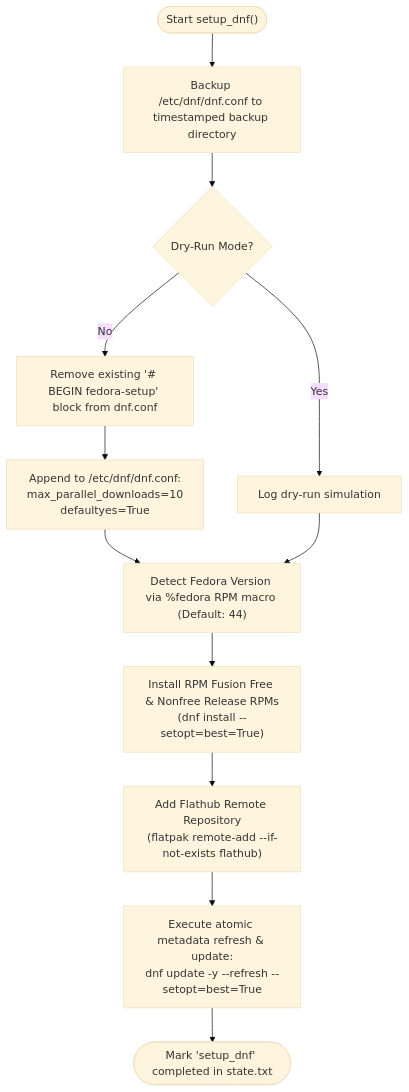
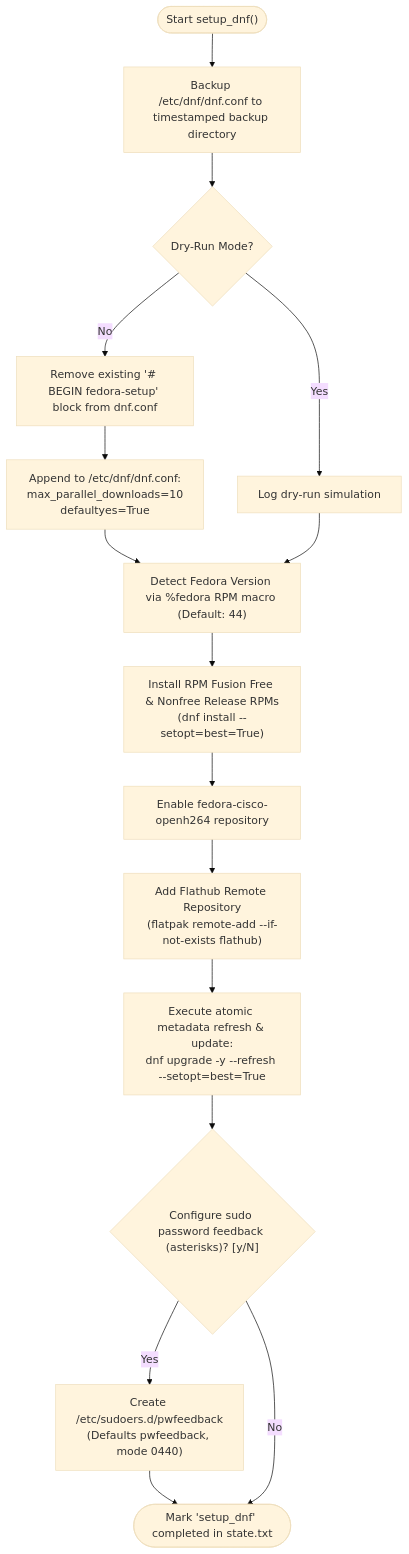
Before and after one commit to kk376/fedora-post-install: the third of 21 diagrams in PSEUDOCODE.md, drawn with Mermaid (base theme). The commit also changed other lines of this file and 3 other files, not shown here.

Commit message:
docs: synchronize HOW_IT_WORKS and PSEUDOCODE with v8.0.0 architecture

````diff
--- a/PSEUDOCODE.md
+++ b/PSEUDOCODE.md
@@ -131,16 +132,20 @@
 ```mermaid
 flowchart TD
     StartDNF(["Start setup_dnf()"]) --> BackupDNF["Backup /etc/dnf/dnf.conf to timestamped backup directory"]
     BackupDNF --> CheckDry{"Dry-Run Mode?"}
     
     CheckDry -- No --> CleanOld["Remove existing '# BEGIN fedora-setup' block from dnf.conf"]
     CleanOld --> AppendFast["Append to /etc/dnf/dnf.conf:<br/>max_parallel_downloads=10<br/>defaultyes=True"]
     AppendFast --> DetectVer
     CheckDry -- Yes --> LogDry1["Log dry-run simulation"] --> DetectVer
     
     DetectVer["Detect Fedora Version via %fedora RPM macro (Default: 44)"]
     DetectVer --> InstallRPMFusion["Install RPM Fusion Free & Nonfree Release RPMs<br/>(dnf install --setopt=best=True)"]
-    InstallRPMFusion --> AddFlathub["Add Flathub Remote Repository<br/>(flatpak remote-add --if-not-exists flathub)"]
-    AddFlathub --> DNFUpdate["Execute atomic metadata refresh & update:<br/>dnf update -y --refresh --setopt=best=True"]
-    DNFUpdate --> EndDNF(["Mark 'setup_dnf' completed in state.txt"])
+    InstallRPMFusion --> EnableOpenH264["Enable fedora-cisco-openh264 repository"]
+    EnableOpenH264 --> AddFlathub["Add Flathub Remote Repository<br/>(flatpak remote-add --if-not-exists flathub)"]
+    AddFlathub --> DNFUpdate["Execute atomic metadata refresh & update:<br/>dnf upgrade -y --refresh --setopt=best=True"]
+    DNFUpdate --> PromptFeedback{"Configure sudo password feedback (asterisks)? [y/N]"}
+    
+    PromptFeedback -- Yes --> WriteFeedback["Create /etc/sudoers.d/pwfeedback<br/>(Defaults pwfeedback, mode 0440)"] --> EndDNF
+    PromptFeedback -- No --> EndDNF(["Mark 'setup_dnf' completed in state.txt"])
 ```
````
